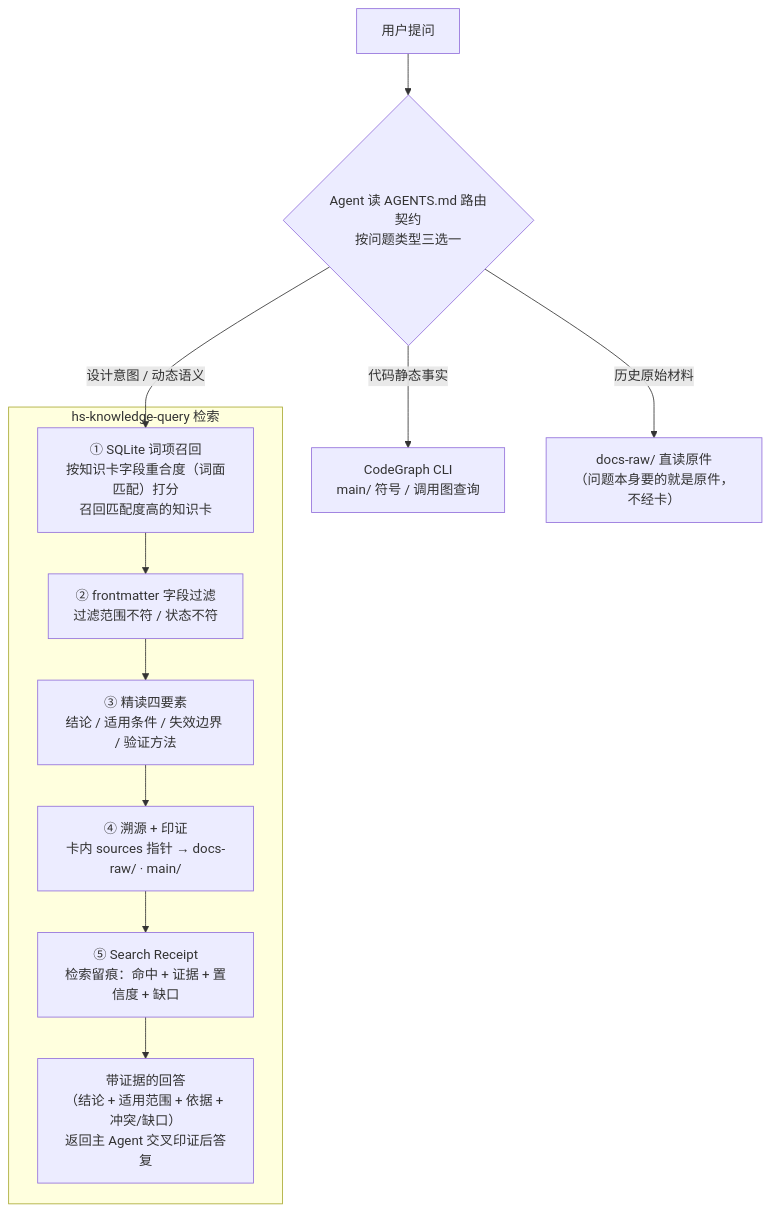
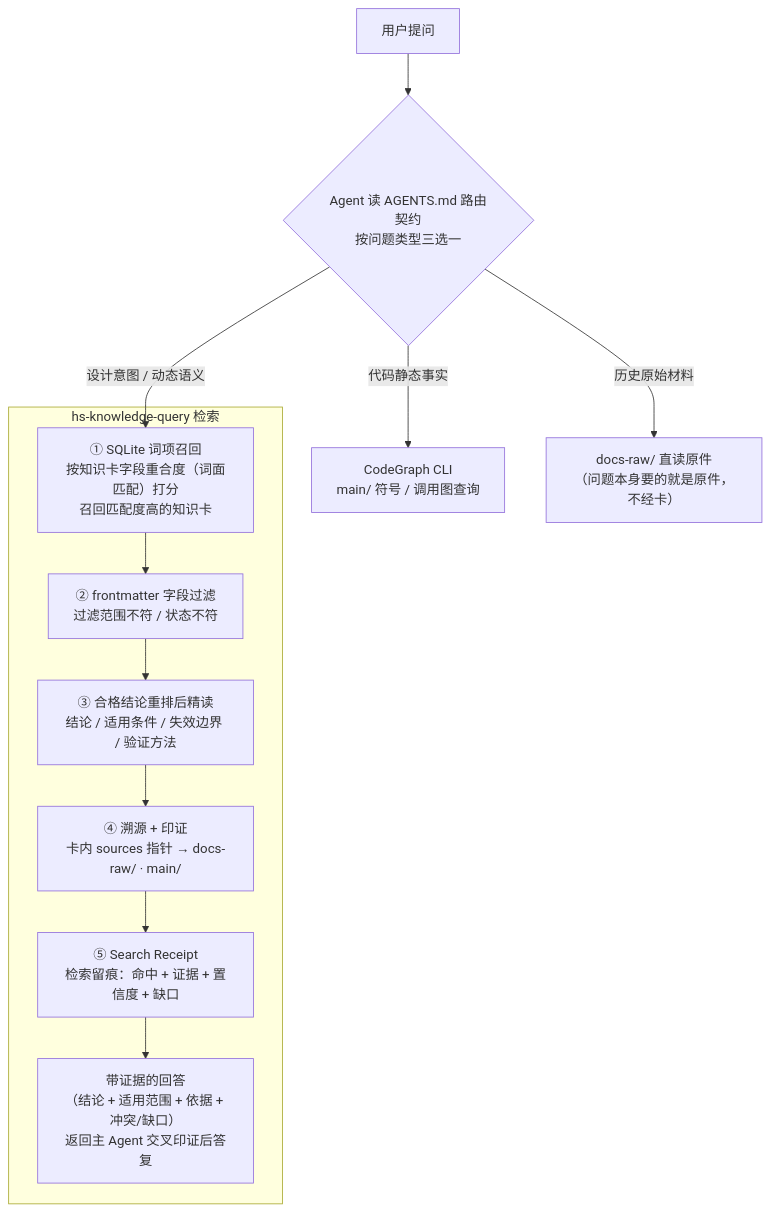
One commit to Robin-hhc/FactumCore changed the seventh of 7 diagrams in aiotbot-knowledge-wifi-mp/docs-llm-wiki/AIoTBot知识库架构设计.md. Above: the diagram before and after it, drawn with Mermaid. The commit also changed other lines of this file and 447 other files, not shown here.

````diff
--- a/aiotbot-knowledge-wifi-mp/docs-llm-wiki/AIoTBot知识库架构设计.md
+++ b/aiotbot-knowledge-wifi-mp/docs-llm-wiki/AIoTBot知识库架构设计.md
@@ -445,17 +448,17 @@
 ```mermaid
 flowchart TB
     Q["用户提问"] --> R{"Agent 读 AGENTS.md 路由契约<br />按问题类型三选一"}
 
     R -->|"代码静态事实"| CODE["CodeGraph CLI<br />main/ 符号 / 调用图查询"]
     R -->|"历史原始材料"| RAW["docs-raw/ 直读原件<br />（问题本身要的就是原件，不经卡）"]
 
     subgraph KQ["hs-knowledge-query 检索"]
         C["① SQLite 词项召回<br />按知识卡字段重合度（词面匹配）打分<br />召回匹配度高的知识卡"] --> D["② frontmatter 字段过滤<br />过滤范围不符 / 状态不符<br />"]
-        D --> E["③ 精读四要素<br />结论 / 适用条件 / 失效边界 / 验证方法"]
+        D --> E["③ 合格结论重排后精读<br />结论 / 适用条件 / 失效边界 / 验证方法"]
         E --> F["④ 溯源 + 印证<br />卡内 sources 指针 → docs-raw/ · main/"]
         F --> G["⑤ Search Receipt<br />检索留痕：命中 + 证据 + 置信度 + 缺口"]
         G --> H["带证据的回答<br />（结论 + 适用范围 + 依据 + 冲突/缺口）<br />返回主 Agent 交叉印证后答复"]
     end
 
     R -->|"设计意图 / 动态语义"| C
 ```
````
